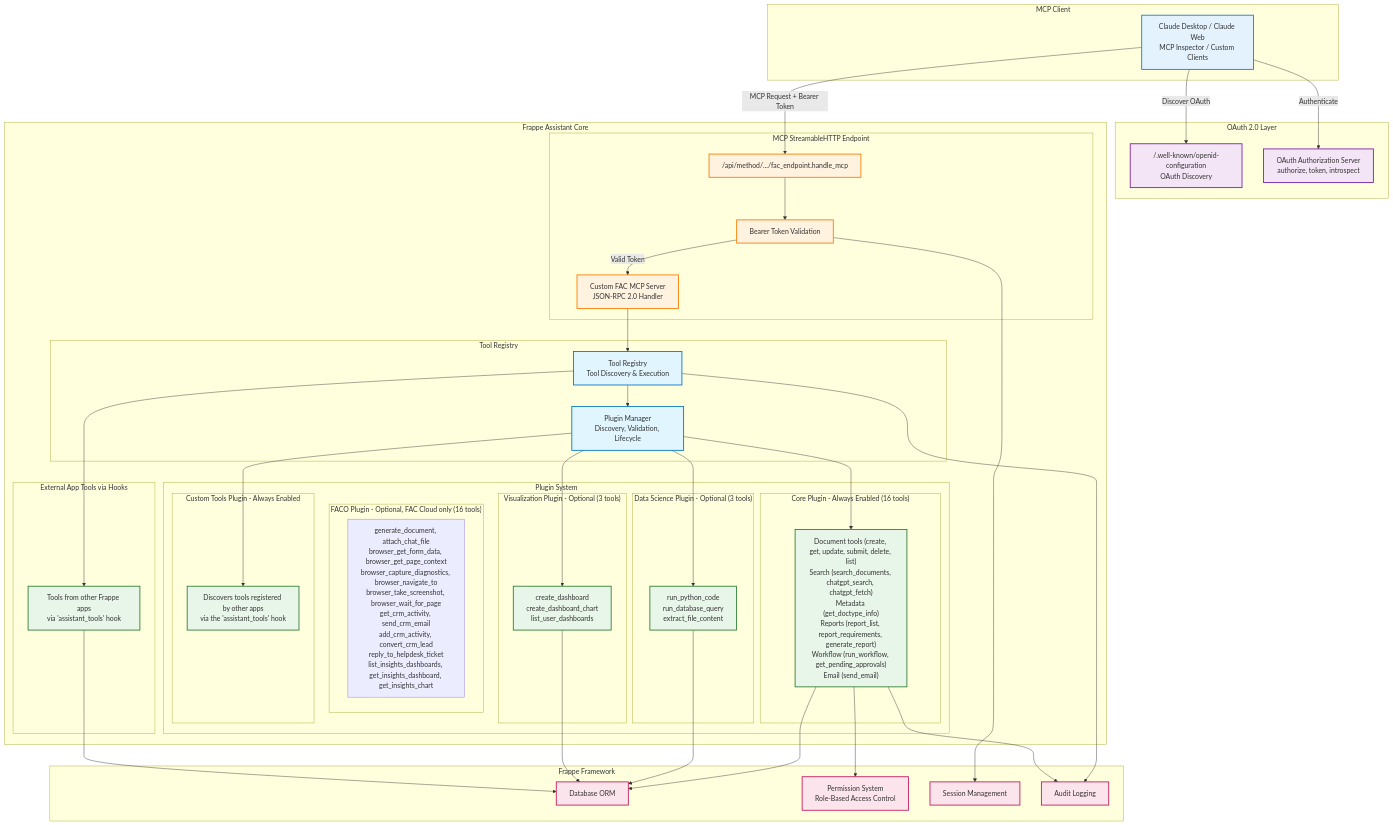
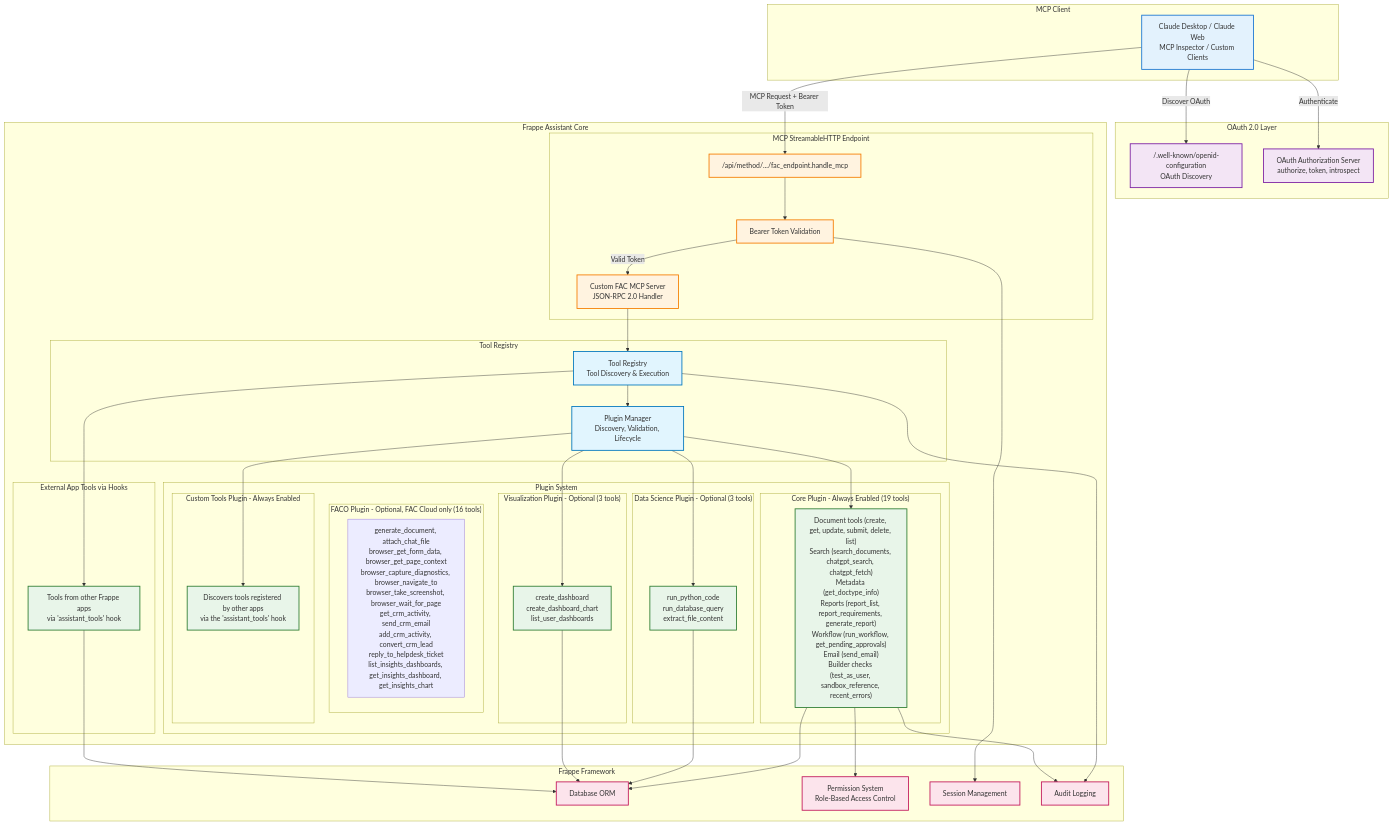
One commit to buildswithpaul/fac-docs changed the first of 2 diagrams in docs/internals/architecture.md. Above: the diagram before and after it, drawn with Mermaid. The commit also changed other lines of this file and 5 other files, not shown here.

First line of the commit message:
docs(tools): builder check tools and the per-page browser permission

```diff
--- a/docs/internals/architecture.md
+++ b/docs/internals/architecture.md
@@ -30,8 +30,8 @@
         end
 
         subgraph "Plugin System"
-            subgraph "Core Plugin - Always Enabled (16 tools)"
-                CoreTools["Document tools (create, get, update, submit, delete, list)<br/>Search (search_documents, chatgpt_search, chatgpt_fetch)<br/>Metadata (get_doctype_info)<br/>Reports (report_list, report_requirements, generate_report)<br/>Workflow (run_workflow, get_pending_approvals)<br/>Email (send_email)"]
+            subgraph "Core Plugin - Always Enabled (19 tools)"
+                CoreTools["Document tools (create, get, update, submit, delete, list)<br/>Search (search_documents, chatgpt_search, chatgpt_fetch)<br/>Metadata (get_doctype_info)<br/>Reports (report_list, report_requirements, generate_report)<br/>Workflow (run_workflow, get_pending_approvals)<br/>Email (send_email)<br/>Builder checks (test_as_user, sandbox_reference, recent_errors)"]
             end
 
             subgraph "Data Science Plugin - Optional (3 tools)"
```
